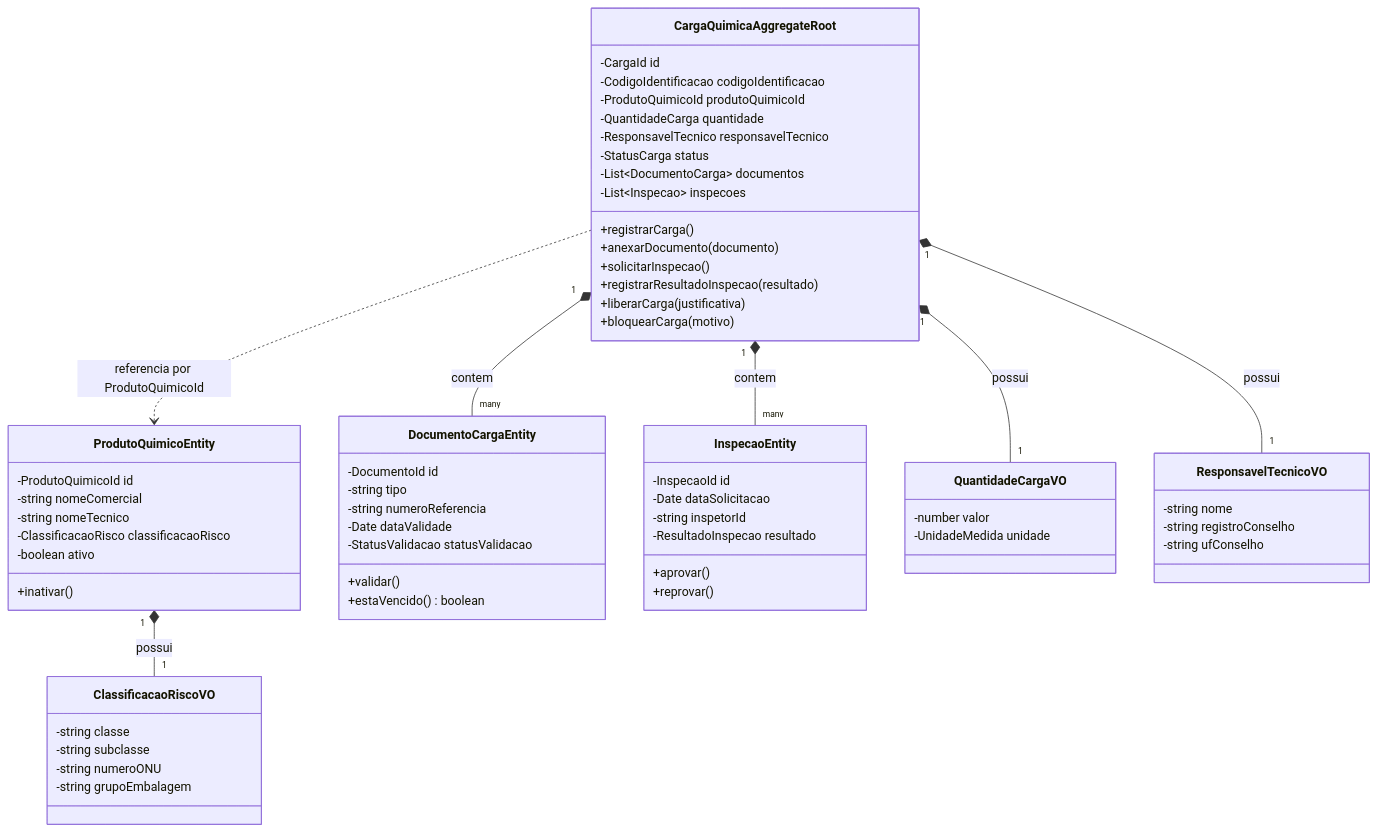
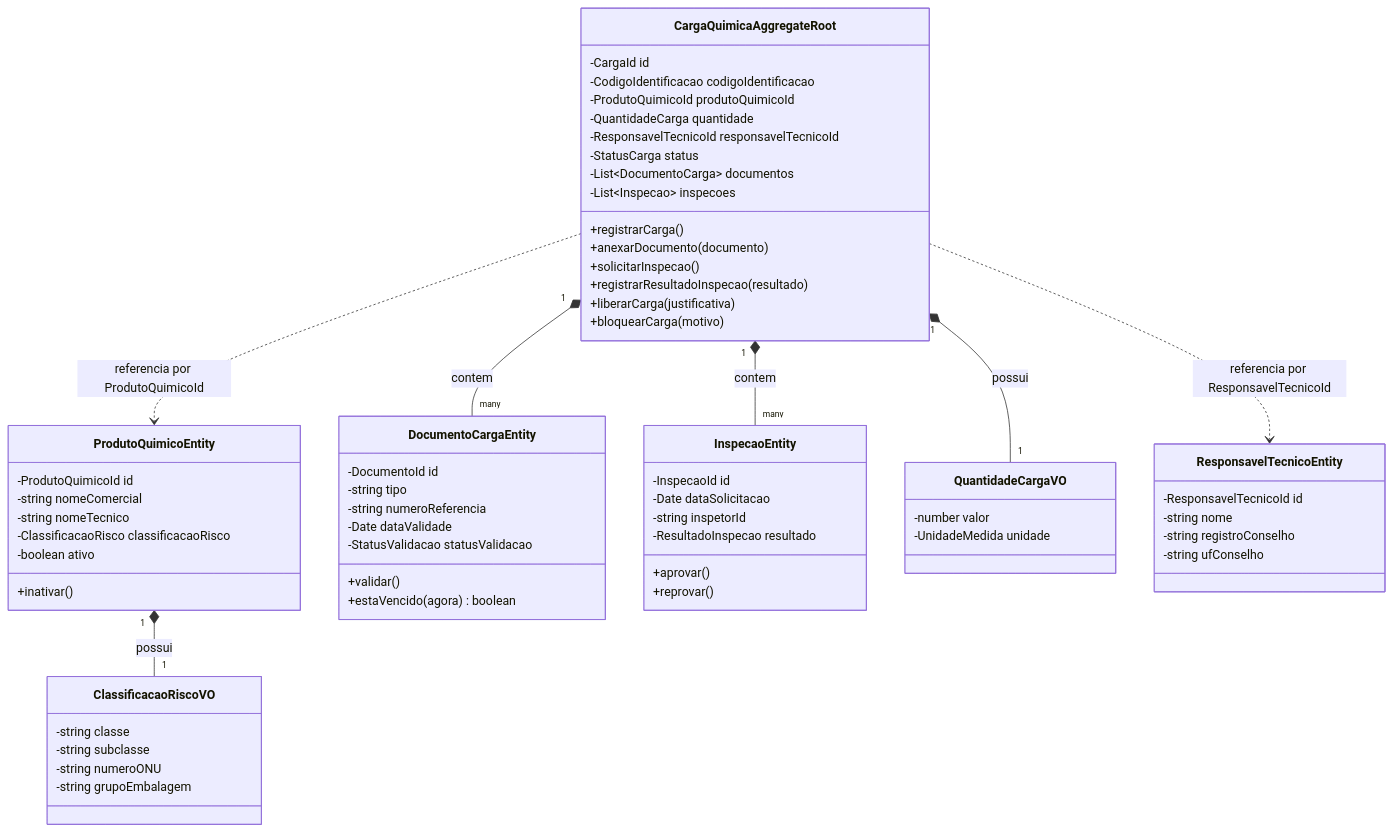
Before and after one commit to gabrixlzdev/QuimiPort: the first of 2 diagrams in docs/2_modelagem_DDD.md, drawn with Mermaid. The commit also changed other lines of this file and 7 other files, not shown here.

Commit message:
feat: Dominio Responsavel Tecnico, Clean Architect e detalhamento de testes

````diff
--- a/docs/2_modelagem_DDD.md
+++ b/docs/2_modelagem_DDD.md
@@ -7,72 +7,73 @@
 ```mermaid
 classDiagram
     class CargaQuimicaAggregateRoot {
         -CargaId id
         -CodigoIdentificacao codigoIdentificacao
         -ProdutoQuimicoId produtoQuimicoId
         -QuantidadeCarga quantidade
-        -ResponsavelTecnico responsavelTecnico
+        -ResponsavelTecnicoId responsavelTecnicoId
         -StatusCarga status
         -List~DocumentoCarga~ documentos
         -List~Inspecao~ inspecoes
         +registrarCarga()
         +anexarDocumento(documento)
         +solicitarInspecao()
         +registrarResultadoInspecao(resultado)
         +liberarCarga(justificativa)
         +bloquearCarga(motivo)
     }
 
     class ProdutoQuimicoEntity {
         -ProdutoQuimicoId id
         -string nomeComercial
         -string nomeTecnico
         -ClassificacaoRisco classificacaoRisco
         -boolean ativo
         +inativar()
     }
 
     class DocumentoCargaEntity {
         -DocumentoId id
         -string tipo
         -string numeroReferencia
         -Date dataValidade
         -StatusValidacao statusValidacao
         +validar()
-        +estaVencido() boolean
+        +estaVencido(agora) boolean
     }
 
     class InspecaoEntity {
         -InspecaoId id
         -Date dataSolicitacao
         -string inspetorId
         -ResultadoInspecao resultado
         +aprovar()
         +reprovar()
     }
 
     class ClassificacaoRiscoVO {
         -string classe
         -string subclasse
         -string numeroONU
         -string grupoEmbalagem
     }
 
     class QuantidadeCargaVO {
         -number valor
         -UnidadeMedida unidade
     }
 
-    class ResponsavelTecnicoVO {
+    class ResponsavelTecnicoEntity {
+        -ResponsavelTecnicoId id
         -string nome
         -string registroConselho
         -string ufConselho
     }
 
     CargaQuimicaAggregateRoot "1" *-- "many" DocumentoCargaEntity : contem
     CargaQuimicaAggregateRoot "1" *-- "many" InspecaoEntity : contem
     CargaQuimicaAggregateRoot "1" *-- "1" QuantidadeCargaVO : possui
-    CargaQuimicaAggregateRoot "1" *-- "1" ResponsavelTecnicoVO : possui
+    CargaQuimicaAggregateRoot ..> ResponsavelTecnicoEntity : referencia por ResponsavelTecnicoId
     CargaQuimicaAggregateRoot ..> ProdutoQuimicoEntity : referencia por ProdutoQuimicoId
     ProdutoQuimicoEntity "1" *-- "1" ClassificacaoRiscoVO : possui
 ```
````
